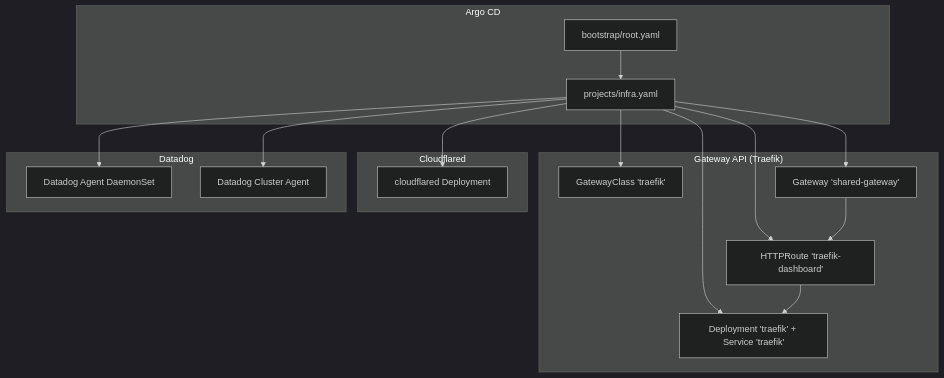
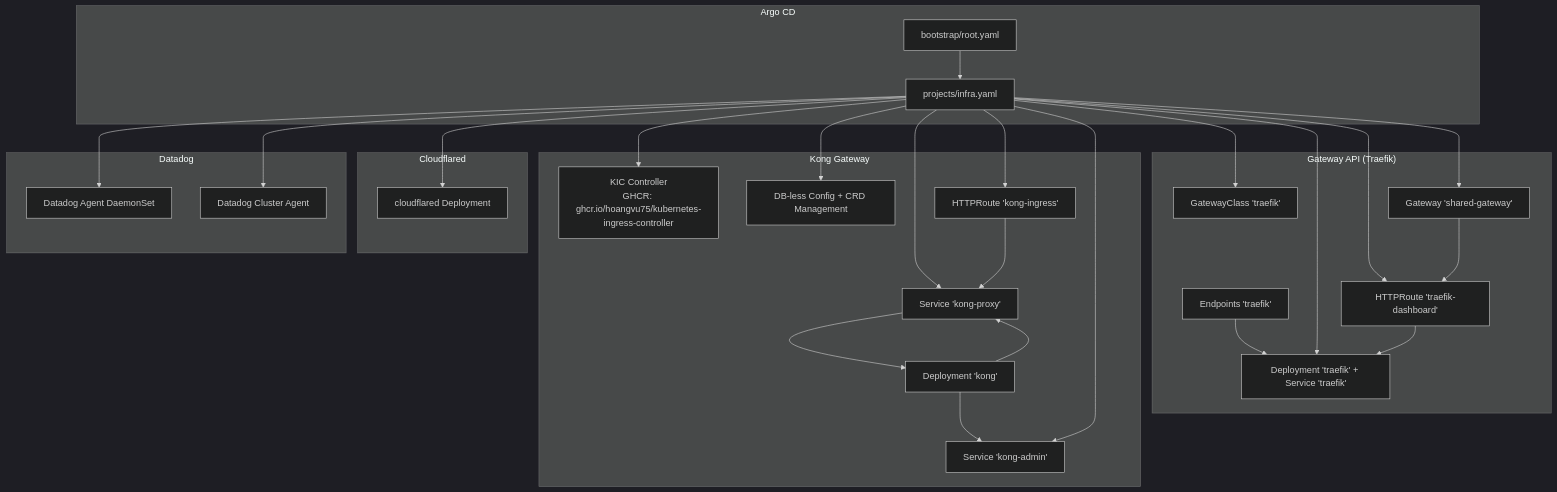
The second of 7 diagrams in .qoder/repowiki/en/content/Infrastructure Applications/Infrastructure Applications.md (Hoangvu75/k8s_manifest), drawn with Mermaid (dark theme) before and after one commit. The commit also changed other lines of this file and 4 other files, not shown here.

````diff
--- a/.qoder/repowiki/en/content/Infrastructure Applications/Infrastructure Applications.md
+++ b/.qoder/repowiki/en/content/Infrastructure Applications/Infrastructure Applications.md
@@ -127,30 +161,49 @@
 ```mermaid
 graph TB
 subgraph "Argo CD"
 ROOT["bootstrap/root.yaml"]
 APPSET["projects/infra.yaml"]
 end
 subgraph "Gateway API (Traefik)"
 GC["GatewayClass 'traefik'"]
 G["Gateway 'shared-gateway'"]
 HR["HTTPRoute 'traefik-dashboard'"]
 T["Deployment 'traefik' + Service 'traefik'"]
+ENDPOINTS["Endpoints 'traefik'"]
+ENDPOINTS --> T
+end
+subgraph "Kong Gateway"
+KONG_IC["KIC Controller<br/>GHCR: ghcr.io/hoangvu75/kubernetes-ingress-controller"]
+KONG_VALUES["DB-less Config + CRD Management"]
+KONG_HR["HTTPRoute 'kong-ingress'"]
+KONG_PROXY["Service 'kong-proxy'"]
+KONG_ADMIN["Service 'kong-admin'"]
+KONG_DEPLOY["Deployment 'kong'"]
+KONG_DEPLOY --> KONG_PROXY
+KONG_DEPLOY --> KONG_ADMIN
 end
 subgraph "Cloudflared"
 CF_DEPLOY["cloudflared Deployment"]
 end
 subgraph "Datadog"
 DD_AGENT["Datadog Agent DaemonSet"]
 DD_CLUSTER["Datadog Cluster Agent"]
 end
 ROOT --> APPSET
 APPSET --> GC
 APPSET --> G
 APPSET --> HR
 APPSET --> T
+APPSET --> KONG_IC
+APPSET --> KONG_VALUES
+APPSET --> KONG_HR
+APPSET --> KONG_PROXY
+APPSET --> KONG_ADMIN
 APPSET --> CF_DEPLOY
 APPSET --> DD_AGENT
 APPSET --> DD_CLUSTER
 G --> HR
 HR --> T
+KONG_HR --> KONG_PROXY
+KONG_PROXY --> KONG_DEPLOY
 ```
````
